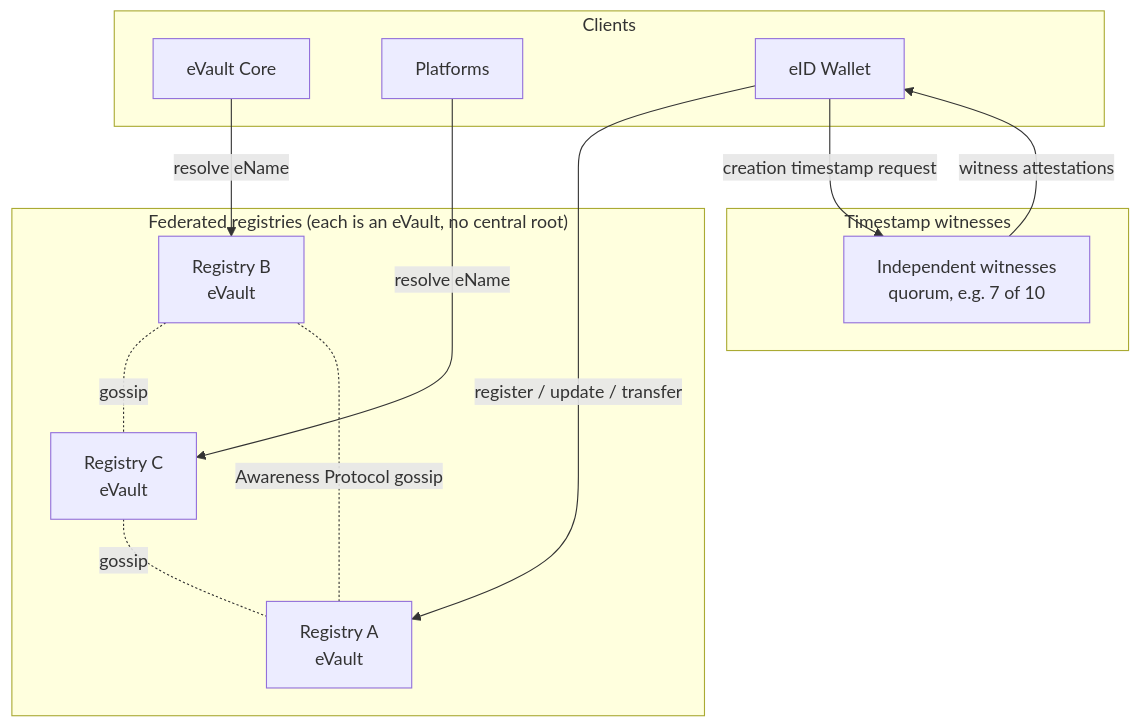
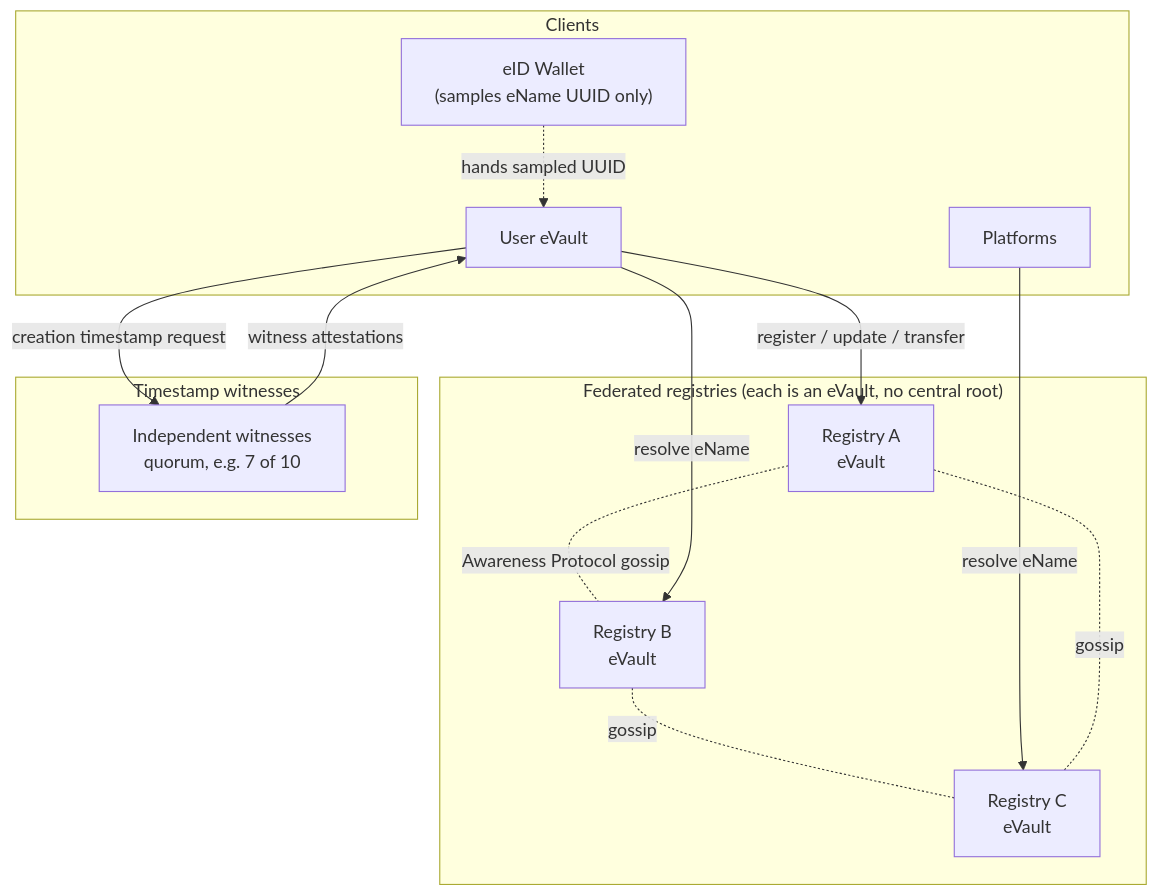
The diagram in content/docs/architecture/decentralised-registry/_index.md (w3ds-docs/w3ds-docs), drawn with Mermaid before and after one commit. The commit also changed other lines of this file and 2 other files, not shown here.

````diff
--- a/content/docs/architecture/decentralised-registry/_index.md
+++ b/content/docs/architecture/decentralised-registry/_index.md
@@ -105,27 +113,28 @@
 ```mermaid
 graph TB
     subgraph Clients["Clients"]
-        EVault[eVault Core]
+        EVault[User eVault]
         Platform[Platforms]
-        Wallet[eID Wallet]
+        Wallet["eID Wallet<br/>(samples eName UUID only)"]
     end
 
     subgraph Federation["Federated registries (each is an eVault, no central root)"]
         R1[Registry A<br/>eVault]
         R2[Registry B<br/>eVault]
         R3[Registry C<br/>eVault]
         R1 -. Awareness Protocol gossip .- R2
         R2 -. gossip .- R3
         R3 -. gossip .- R1
     end
 
     subgraph Witnesses["Timestamp witnesses"]
         W[Independent witnesses<br/>quorum, e.g. 7 of 10]
     end
 
-    Wallet -->|register / update / transfer| R1
-    Wallet -->|creation timestamp request| W
-    W -->|witness attestations| Wallet
+    Wallet -.->|hands sampled UUID| EVault
+    EVault -->|register / update / transfer| R1
+    EVault -->|creation timestamp request| W
+    W -->|witness attestations| EVault
     EVault -->|resolve eName| R2
     Platform -->|resolve eName| R3
 ```
````
